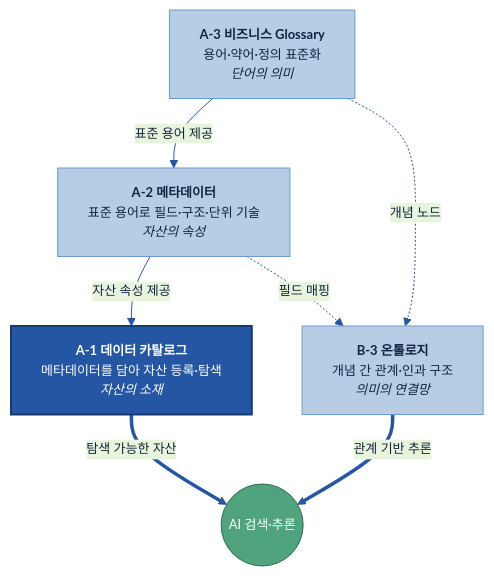
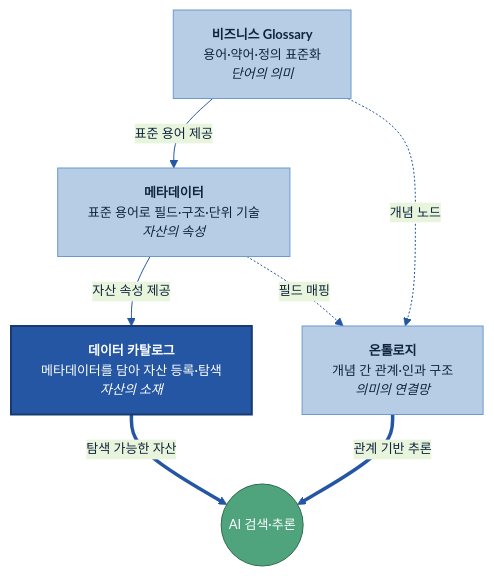
Before and after one commit to jin-kearney/ai-ready-data-manual: the second of 2 diagrams in 전체 목차/00 전체 목차 (20개 주제).md, drawn with Mermaid. The commit also changed other lines of this file, not shown here.

````diff
--- a/전체 목차/00 전체 목차 (20개 주제).md
+++ b/전체 목차/00 전체 목차 (20개 주제).md
@@ -107,19 +108,19 @@
 ```mermaid
 %%{init: {'theme':'base','themeVariables':{'primaryColor':'#DCE8F5','primaryBorderColor':'#2456A4','primaryTextColor':'#10243f','lineColor':'#2456A4','fontSize':'13px'}}}%%
 flowchart TB
-    A3["<b>A-3 비즈니스 Glossary</b><br/>용어·약어·정의 표준화<br/><i>단어의 의미</i>"]:::n
-    A2["<b>A-2 메타데이터</b><br/>표준 용어로 필드·구조·단위 기술<br/><i>자산의 속성</i>"]:::n
-    A1["<b>A-1 데이터 카탈로그</b><br/>메타데이터를 담아 자산 등록·탐색<br/><i>자산의 소재</i>"]:::cat
-    B3["<b>B-3 온톨로지</b><br/>개념 간 관계·인과 구조<br/><i>의미의 연결망</i>"]:::n
+    GLO["<b>비즈니스 Glossary</b><br/>용어·약어·정의 표준화<br/><i>단어의 의미</i>"]:::n
+    META["<b>메타데이터</b><br/>표준 용어로 필드·구조·단위 기술<br/><i>자산의 속성</i>"]:::n
+    CAT["<b>데이터 카탈로그</b><br/>메타데이터를 담아 자산 등록·탐색<br/><i>자산의 소재</i>"]:::cat
+    ONT["<b>온톨로지</b><br/>개념 간 관계·인과 구조<br/><i>의미의 연결망</i>"]:::n
 
-    A3 -->|"표준 용어 제공"| A2
-    A2 -->|"자산 속성 제공"| A1
-    A3 -.->|"개념 노드"| B3
-    A2 -.->|"필드 매핑"| B3
-    A1 ==>|"탐색 가능한 자산"| AI(("AI 검색·추론")):::ai
-    B3 ==>|"관계 기반 추론"| AI
+    GLO -->|"표준 용어 제공"| META
+    META -->|"자산 속성 제공"| CAT
+    GLO -.->|"개념 노드"| ONT
+    META -.->|"필드 매핑"| ONT
+    CAT ==>|"탐색 가능한 자산"| AI(("AI 검색·추론")):::ai
+    ONT ==>|"관계 기반 추론"| AI
 
     classDef n fill:#B7CDE6,stroke:#6B9AD1,color:#10243f;
     classDef cat fill:#2456A4,color:#fff,stroke:#163a73,stroke-width:2px;
     classDef ai fill:#4FA47D,stroke:#2f6b50,color:#fff;
 ```
````
